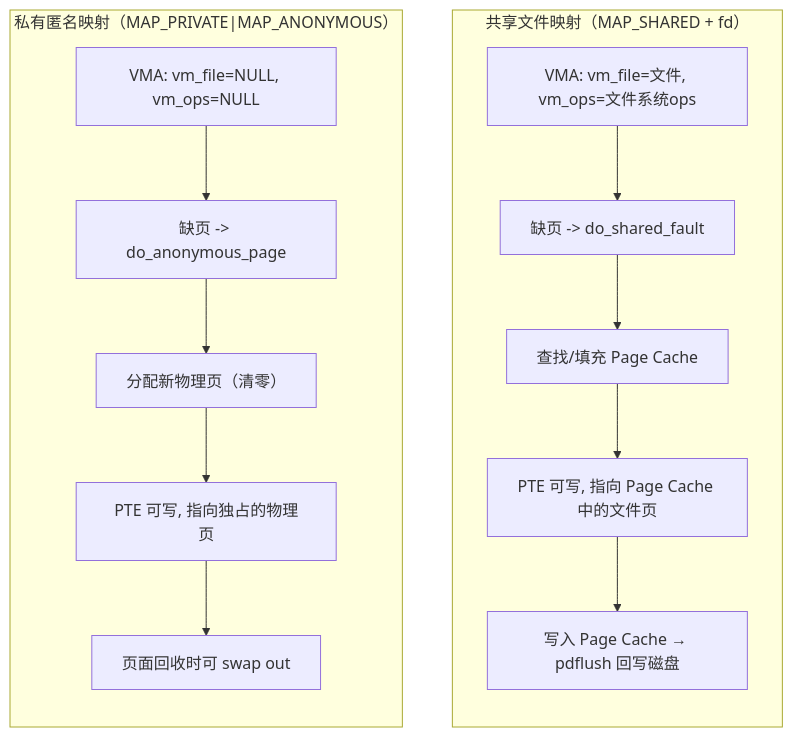
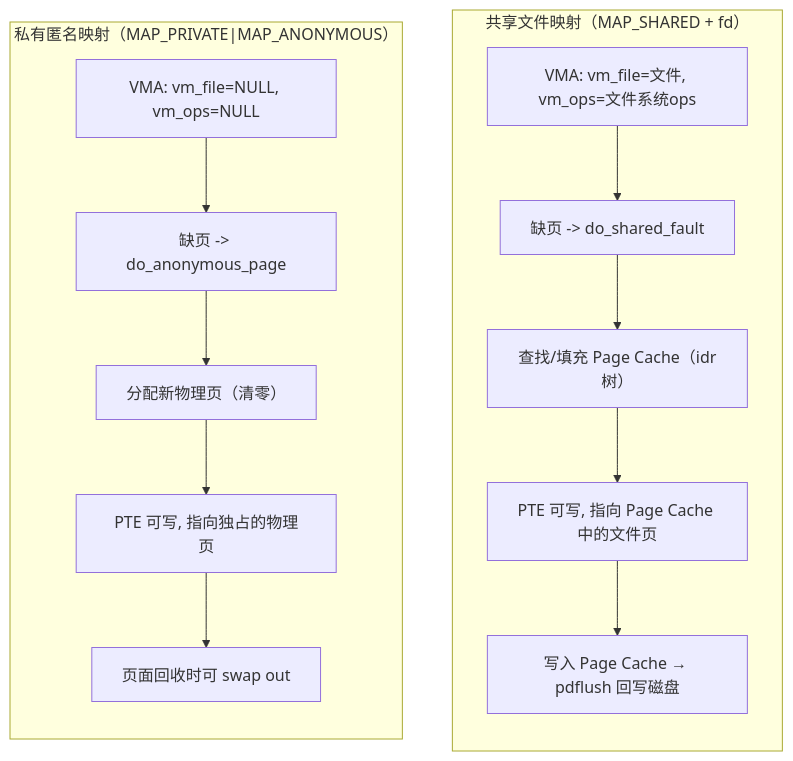
The ninth of 12 diagrams in _posts/2025-03-01-A-LINUX-KERNEL-TRAVEL-7.md (pandaychen/pandaychen.github.io), drawn with Mermaid before and after one commit. The commit also changed other lines of this file, not shown here.

````diff
--- a/_posts/2025-03-01-A-LINUX-KERNEL-TRAVEL-7.md
+++ b/_posts/2025-03-01-A-LINUX-KERNEL-TRAVEL-7.md
@@ -830,21 +830,21 @@
 ```mermaid
 flowchart TB
     subgraph SharedFileMap["共享文件映射（MAP_SHARED + fd）"]
         direction TB
         SF_VMA["VMA: vm_file=文件, vm_ops=文件系统ops"]
         SF_PF["缺页 -> do_shared_fault"]
-        SF_PC["查找/填充 Page Cache"]
+        SF_PC["查找/填充 Page Cache（idr树）"]
         SF_PTE["PTE 可写, 指向 Page Cache 中的文件页"]
         SF_WB["写入 Page Cache → pdflush 回写磁盘"]
         SF_VMA --> SF_PF --> SF_PC --> SF_PTE --> SF_WB
     end
     subgraph PrivateAnonMap["私有匿名映射（MAP_PRIVATE|MAP_ANONYMOUS）"]
         direction TB
         PA_VMA["VMA: vm_file=NULL, vm_ops=NULL"]
         PA_PF["缺页 -> do_anonymous_page"]
         PA_ALLOC["分配新物理页（清零）"]
         PA_PTE["PTE 可写, 指向独占的物理页"]
         PA_SWAP["页面回收时可 swap out"]
         PA_VMA --> PA_PF --> PA_ALLOC --> PA_PTE --> PA_SWAP
     end
 ```
````
